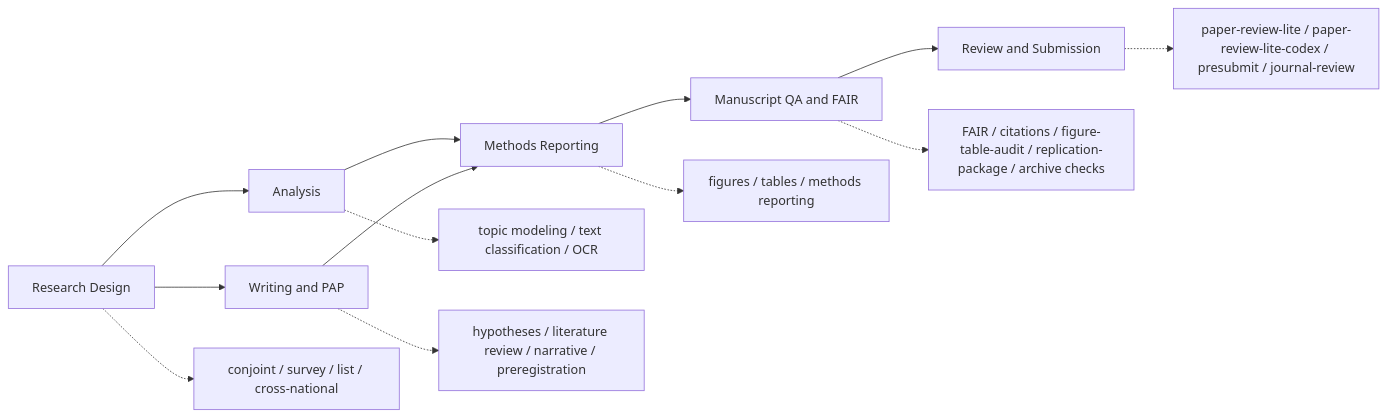
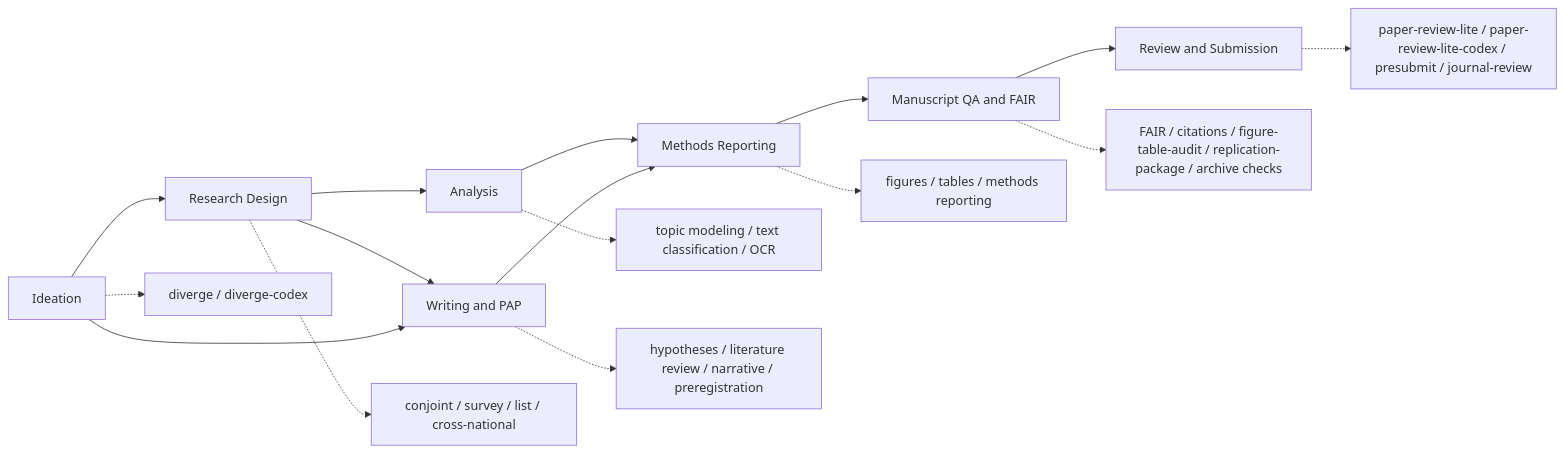
Before and after one commit to scdenney/open-science-skills: the diagram in README.md, drawn with Mermaid. The commit also changed other lines of this file and 12 other files, not shown here.

First line of the commit message:
v2.3.0 — Add diverge + diverge-codex skills (Creative Preference Optimization)

````diff
--- a/README.md
+++ b/README.md
@@ -27,16 +27,20 @@
 ```mermaid
 flowchart LR
     A[Research Design] --> B[Analysis]
     A --> C[Writing and PAP]
     B --> D[Methods Reporting]
     C --> D
     D --> E[Manuscript QA and FAIR]
     E --> F[Review and Submission]
 
+    G[Ideation] --> A
+    G --> C
+
     A -.-> A1[conjoint / survey / list / cross-national]
     B -.-> B1[topic modeling / text classification / OCR]
     C -.-> C1[hypotheses / literature review / narrative / preregistration]
     D -.-> D1[figures / tables / methods reporting]
     E -.-> E1[FAIR / citations / figure-table-audit / replication-package / archive checks]
     F -.-> F1[paper-review-lite / paper-review-lite-codex / presubmit / journal-review]
+    G -.-> G1[diverge / diverge-codex]
 ```
````
